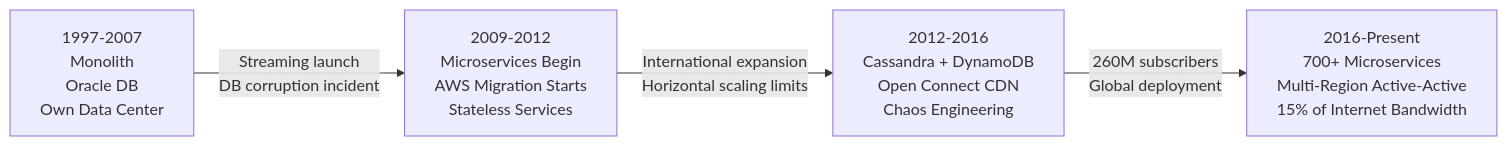
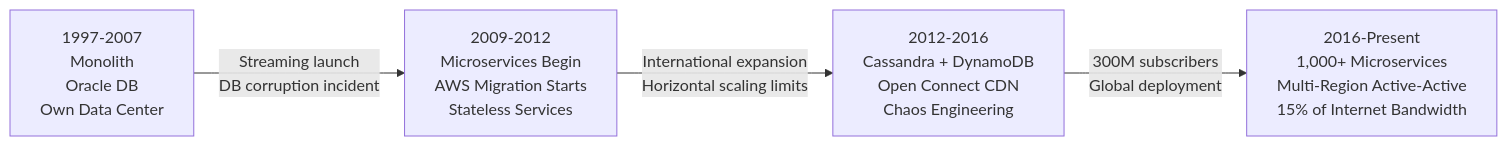
The seventh of 8 diagrams in system-design/part-1-fundamentals/ch02-scalability.md (bachdx2812/dev-learning-hub), drawn with Mermaid before and after one commit. The commit also changed other lines of this file and 4 other files, not shown here.

````diff
--- a/system-design/part-1-fundamentals/ch02-scalability.md
+++ b/system-design/part-1-fundamentals/ch02-scalability.md
@@ -336,10 +336,10 @@
 ```mermaid
 flowchart LR
     P1["1997-2007\nMonolith\nOracle DB\nOwn Data Center"] -->|"Streaming launch\nDB corruption incident"| P2
 
     P2["2009-2012\nMicroservices Begin\nAWS Migration Starts\nStateless Services"] -->|"International expansion\nHorizontal scaling limits"| P3
 
-    P3["2012-2016\nCassandra + DynamoDB\nOpen Connect CDN\nChaos Engineering"] -->|"260M subscribers\nGlobal deployment"| P4
+    P3["2012-2016\nCassandra + DynamoDB\nOpen Connect CDN\nChaos Engineering"] -->|"300M subscribers\nGlobal deployment"| P4
 
-    P4["2016-Present\n700+ Microservices\nMulti-Region Active-Active\n15% of Internet Bandwidth"]
+    P4["2016-Present\n1,000+ Microservices\nMulti-Region Active-Active\n15% of Internet Bandwidth"]
 ```
````
